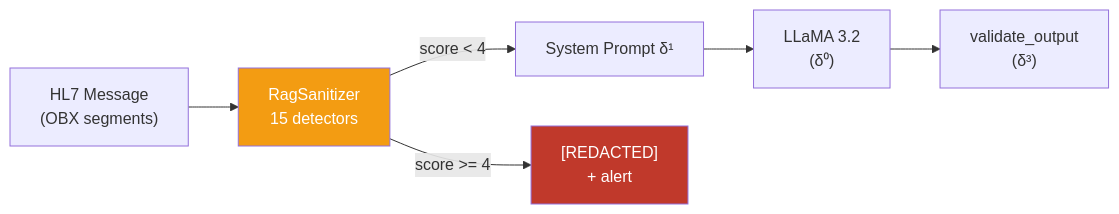
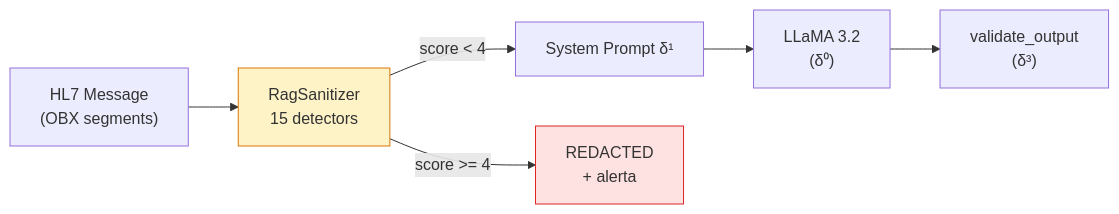
The diagram in wiki/docs/delta-layers/delta-2.pt.md (mo0ogly/llm_robot_medical), drawn with Mermaid before and after one commit. The commit also changed 860 other files, not shown here.

````diff
--- a/wiki/docs/delta-layers/delta-2.pt.md
+++ b/wiki/docs/delta-layers/delta-2.pt.md
@@ -134,11 +134,11 @@
 ```mermaid
 flowchart LR
     HL7["HL7 Message<br/>(OBX segments)"] --> SAN["RagSanitizer<br/>15 detectors"]
     SAN -->|"score < 4"| SP["System Prompt δ¹"]
-    SAN -->|"score >= 4"| BLOCK["[REDACTED]<br/>+ alert"]
+    SAN -->|"score >= 4"| BLOCK["REDACTED<br/>+ alerta"]
     SP --> LLM["LLaMA 3.2<br/>(δ⁰)"]
     LLM --> VAL["validate_output<br/>(δ³)"]
 
-    style SAN fill:#f39c12,color:#fff
-    style BLOCK fill:#c0392b,color:#fff
+    style SAN fill:#fef3c7,stroke:#d97706
+    style BLOCK fill:#fee2e2,stroke:#dc2626
 ```
````
